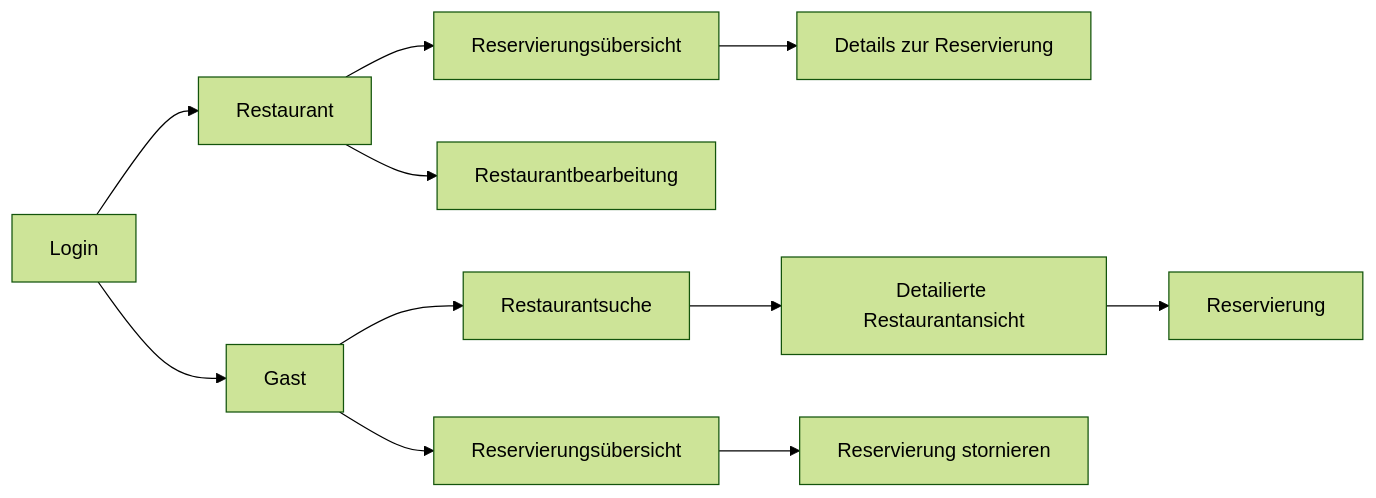
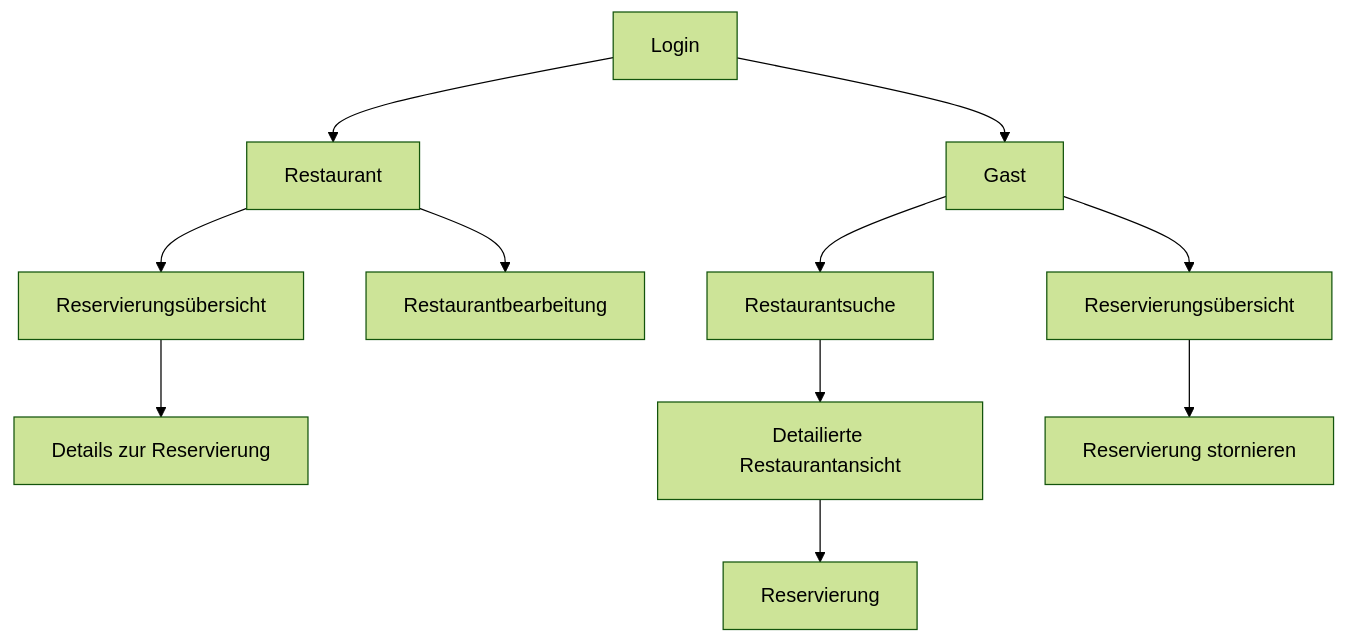
The diagram in Dokumentation/systembeschreibung.md (Tischreservierung/Dokumentation), drawn with Mermaid (forest theme) before and after one commit. The commit also changed other lines of this file, not shown here.

````diff
--- a/Dokumentation/systembeschreibung.md
+++ b/Dokumentation/systembeschreibung.md
@@ -34,25 +28,25 @@
 ```mermaid
-graph LR
+graph TD
     A[Login]
     B[Restaurant]
     C[Gast]
     D[Restaurantsuche]
     E[Reservierungsübersicht]
     F[Restaurantbearbeitung]
     G[Detailierte Restaurantansicht]
     H[Reservierung]
     I[Reservierungsübersicht]
     J[Details zur Reservierung]
     K[Reservierung stornieren]
 
     A --> B
     A --> C
     B --> E
     B --> F
     C --> D
     D --> G
     G --> H
     C --> I
     E --> J
     I --> K
 ```
````
